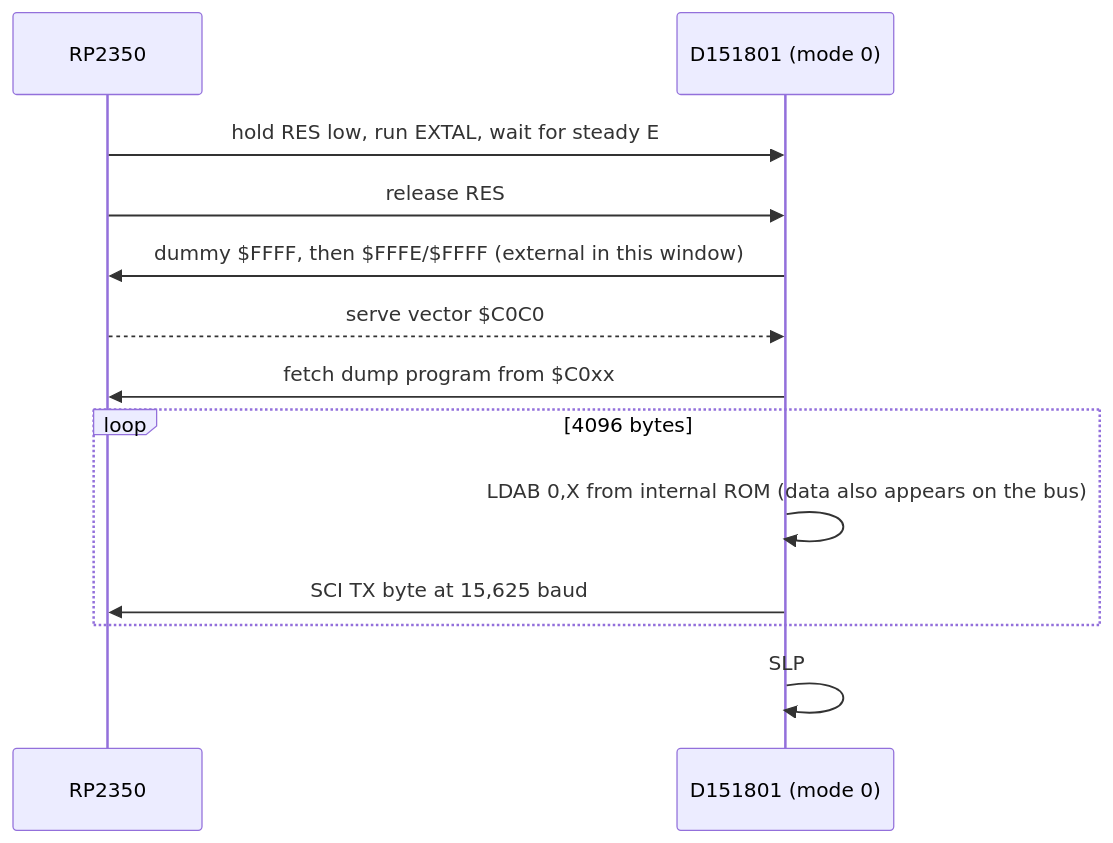
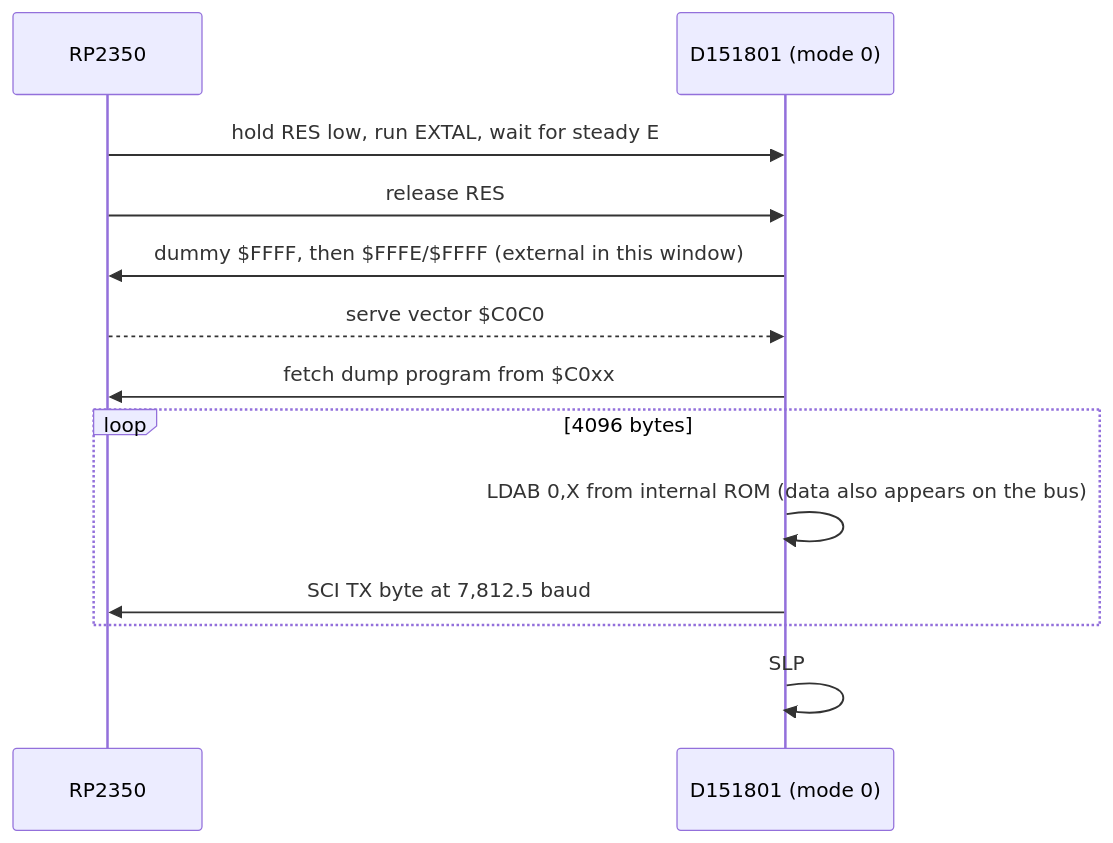
Before and after one commit to kurt-culley/Toyota-PCM-hacking: the third of 4 diagrams in docs/RE_PLAN.md, drawn with Mermaid. The commit also changed other lines of this file and 6 other files, not shown here.

````diff
--- a/docs/RE_PLAN.md
+++ b/docs/RE_PLAN.md
@@ -301,15 +301,15 @@
 ```mermaid
 sequenceDiagram
   participant R as RP2350
   participant M as D151801 (mode 0)
   R->>M: hold RES low, run EXTAL, wait for steady E
   R->>M: release RES
   M->>R: dummy $FFFF, then $FFFE/$FFFF (external in this window)
   R-->>M: serve vector $C0C0
   M->>R: fetch dump program from $C0xx
   loop 4096 bytes
     M->>M: LDAB 0,X from internal ROM (data also appears on the bus)
-    M->>R: SCI TX byte at 15,625 baud
+    M->>R: SCI TX byte at 7,812.5 baud
   end
   M->>M: SLP
 ```
````
